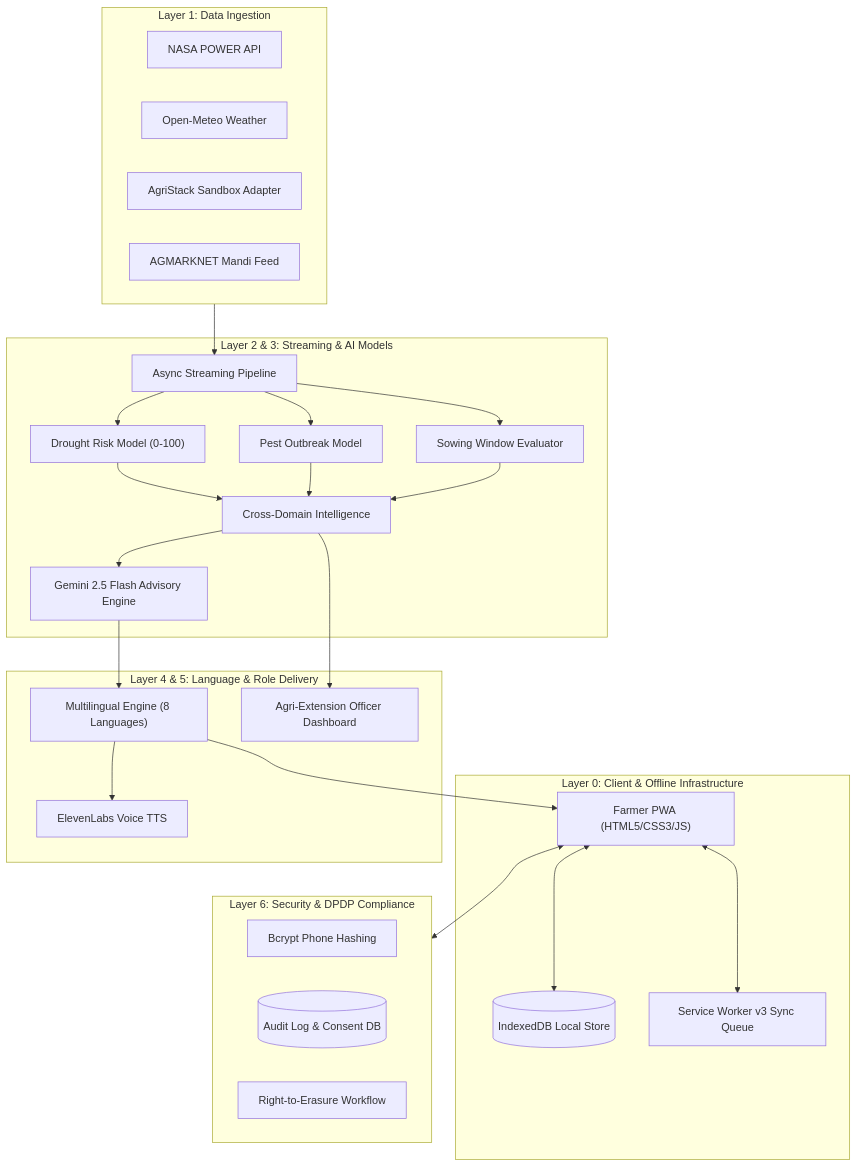
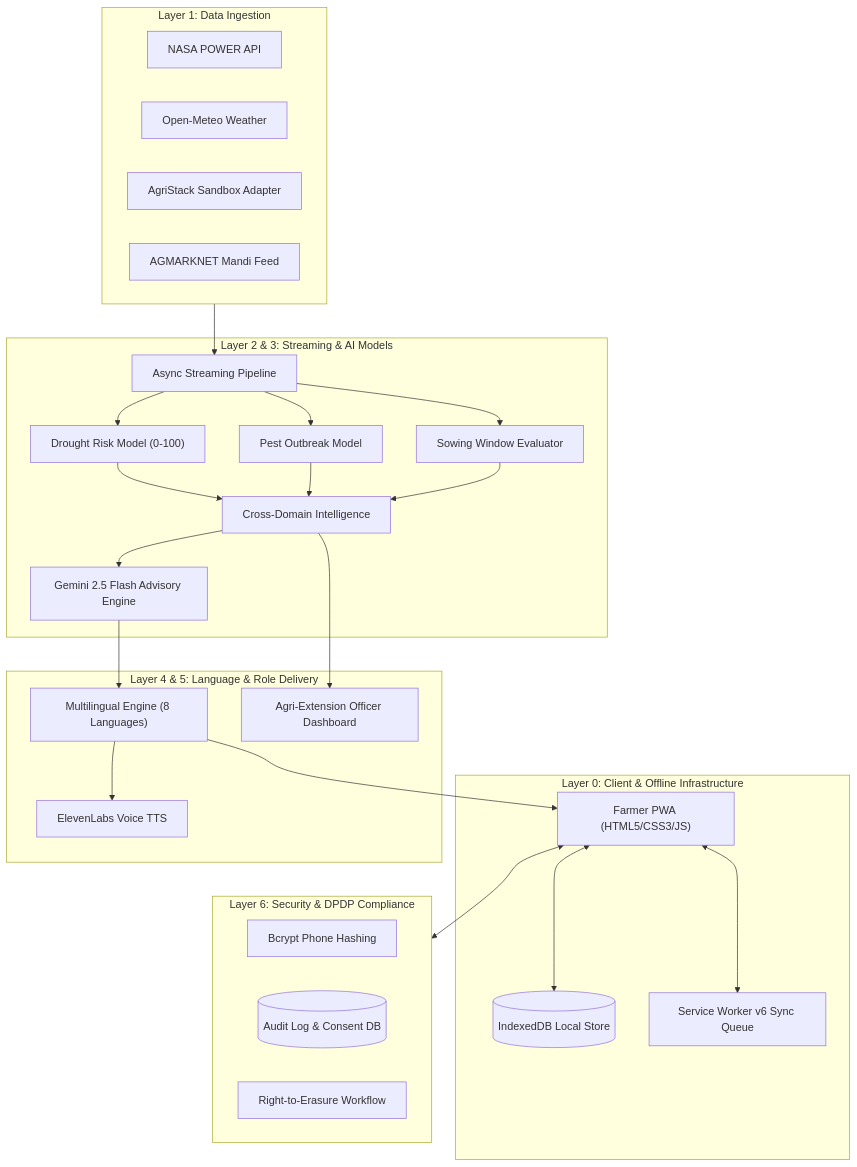
One commit to gintama1018/KRISHISETU changed the first of 2 diagrams in README.md. Above: the diagram before and after it, drawn with Mermaid. The commit also changed other lines of this file and 3 other files, not shown here.

````diff
--- a/README.md
+++ b/README.md
@@ -24,47 +24,47 @@
 ```mermaid
 flowchart TD
     subgraph L0["Layer 0: Client & Offline Infrastructure"]
         PWA["Farmer PWA (HTML5/CSS3/JS)"]
         IDB[("IndexedDB Local Store")]
-        SW["Service Worker v3 Sync Queue"]
+        SW["Service Worker v6 Sync Queue"]
         PWA <--> IDB
         PWA <--> SW
     end
 
     subgraph L1["Layer 1: Data Ingestion"]
         NASA["NASA POWER API"]
         METEO["Open-Meteo Weather"]
         AGRI["AgriStack Sandbox Adapter"]
         MANDI["AGMARKNET Mandi Feed"]
     end
 
     subgraph L23["Layer 2 & 3: Streaming & AI Models"]
         STREAM["Async Streaming Pipeline"]
         DROUGHT["Drought Risk Model (0-100)"]
         PEST["Pest Outbreak Model"]
         SOWING["Sowing Window Evaluator"]
         CROSS["Cross-Domain Intelligence"]
         GEMINI["Gemini 2.5 Flash Advisory Engine"]
     end
 
     subgraph L45["Layer 4 & 5: Language & Role Delivery"]
         LANG["Multilingual Engine (8 Languages)"]
         TTS["ElevenLabs Voice TTS"]
         DASH["Agri-Extension Officer Dashboard"]
     end
 
     subgraph L6["Layer 6: Security & DPDP Compliance"]
         BCRYPT["Bcrypt Phone Hashing"]
         AUDIT[("Audit Log & Consent DB")]
         ERASURE["Right-to-Erasure Workflow"]
     end
 
     L1 --> STREAM
     STREAM --> DROUGHT & PEST & SOWING
     DROUGHT & PEST & SOWING --> CROSS
     CROSS --> GEMINI
     GEMINI --> LANG --> TTS
     LANG --> PWA
     CROSS --> DASH
     PWA <--> L6
 ```
````
